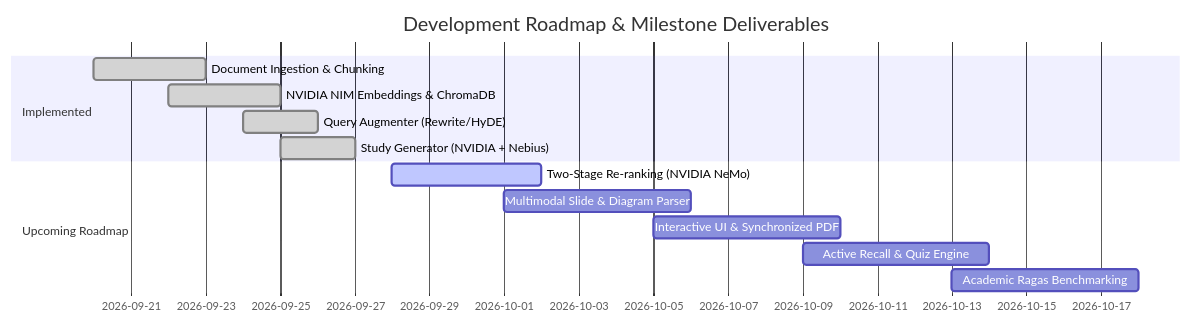
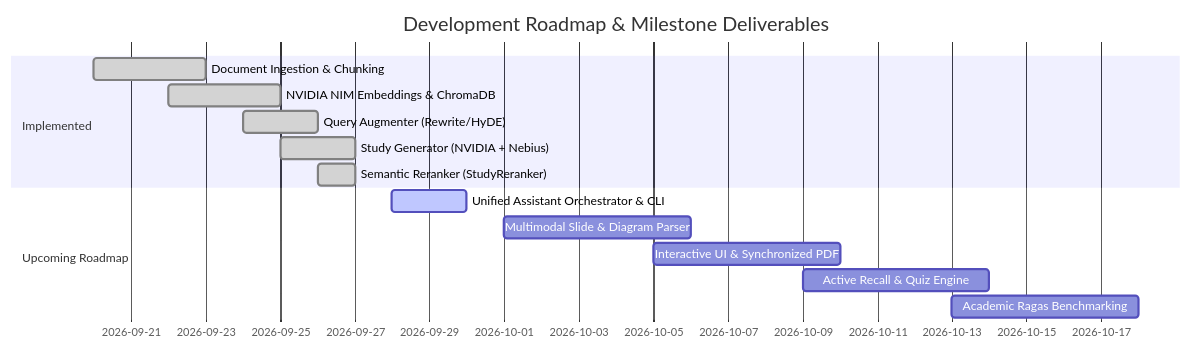
One commit to Khazar451/study-assistant changed the second of 2 diagrams in README.md. Above: the diagram before and after it, drawn with Mermaid. The commit also changed other lines of this file, not shown here.

````diff
--- a/README.md
+++ b/README.md
@@ -152,16 +156,17 @@
 ```mermaid
 gantt
     title Development Roadmap & Milestone Deliverables
     dateFormat  YYYY-MM-DD
     section Implemented
     Document Ingestion & Chunking       :done, 2026-09-20, 2026-09-23
     NVIDIA NIM Embeddings & ChromaDB    :done, 2026-09-22, 2026-09-25
     Query Augmenter (Rewrite/HyDE)      :done, 2026-09-24, 2026-09-26
     Study Generator (NVIDIA + Nebius)   :done, 2026-09-25, 2026-09-27
+    Semantic Reranker (StudyReranker)   :done, 2026-09-26, 2026-09-27
     section Upcoming Roadmap
-    Two-Stage Re-ranking (NVIDIA NeMo)  :active, 2026-09-28, 2026-10-02
+    Unified Assistant Orchestrator & CLI:active, 2026-09-28, 2026-09-30
     Multimodal Slide & Diagram Parser   :2026-10-01, 2026-10-06
     Interactive UI & Synchronized PDF   :2026-10-05, 2026-10-10
     Active Recall & Quiz Engine         :2026-10-09, 2026-10-14
     Academic Ragas Benchmarking         :2026-10-13, 2026-10-18
 ```
````
